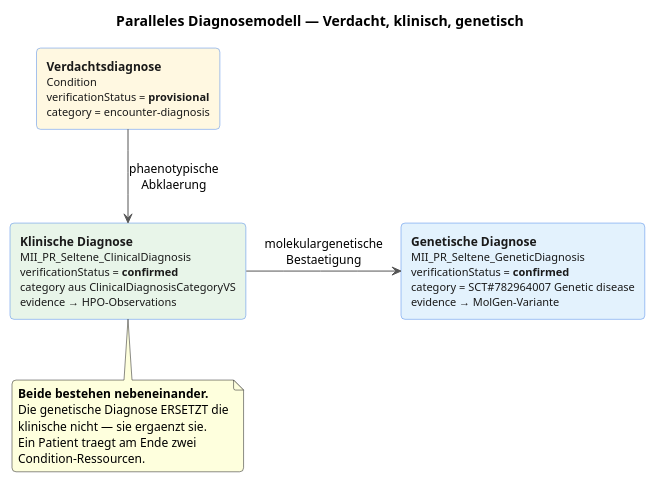
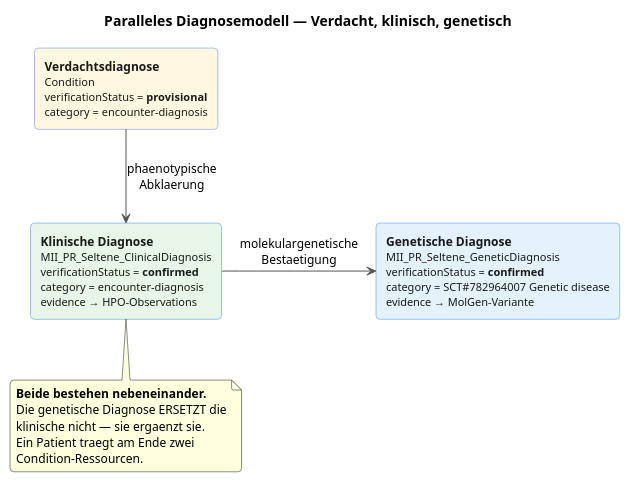
One commit to medizininformatik-initiative/kerndatensatzmodul-seltene-erkrankungen changed the diagram in input/images-source/diagnose-parallelmodell.puml. Above: the diagram before and after it, drawn with PlantUML. The commit also changed 11 other files, not shown here.

```diff
--- a/input/images-source/diagnose-parallelmodell.puml
+++ b/input/images-source/diagnose-parallelmodell.puml
@@ -1,34 +1,34 @@
 @startuml
 ' Paralleles Diagnosemodell — ersetzt die drei kurzen FSH-Schnipsel auf der Seite
 ' clinical-genetic-diagnosis-guide. Beschriftungen bewusst sprachneutral
 ' (FHIR-Elementnamen, Codes), damit dieselbe SVG in beiden Sprachbaeumen taugt.
 skinparam backgroundColor transparent
 skinparam shadowing false
 skinparam roundcorner 8
 skinparam defaultFontName Helvetica
 skinparam defaultFontSize 12
 skinparam ArrowColor #555555
 skinparam rectangle {
   BorderColor #4a86e8
   BackgroundColor #eef4fd
   FontColor #1a1a1a
 }
 
 title Paralleles Diagnosemodell — Verdacht, klinisch, genetisch
 
 rectangle "**Verdachtsdiagnose**\n<size:11>Condition</size>\n<size:11>verificationStatus = **provisional**</size>\n<size:11>category = encounter-diagnosis</size>" as V #fff8e1
-rectangle "**Klinische Diagnose**\n<size:11>MII_PR_Seltene_ClinicalDiagnosis</size>\n<size:11>verificationStatus = **confirmed**</size>\n<size:11>category aus ClinicalDiagnosisCategoryVS</size>\n<size:11>evidence → HPO-Observations</size>" as K #e8f5e9
+rectangle "**Klinische Diagnose**\n<size:11>MII_PR_Seltene_ClinicalDiagnosis</size>\n<size:11>verificationStatus = **confirmed**</size>\n<size:11>category = encounter-diagnosis</size>\n<size:11>evidence → HPO-Observations</size>" as K #e8f5e9
 rectangle "**Genetische Diagnose**\n<size:11>MII_PR_Seltene_GeneticDiagnosis</size>\n<size:11>verificationStatus = **confirmed**</size>\n<size:11>category = SCT#782964007 Genetic disease</size>\n<size:11>evidence → MolGen-Variante</size>" as G #e3f2fd
 
 V -down-> K : phaenotypische\nAbklaerung
 K -right-> G : molekulargenetische\nBestaetigung
 
 note bottom of K
   **Beide bestehen nebeneinander.**
   Die genetische Diagnose ERSETZT die
   klinische nicht — sie ergaenzt sie.
   Ein Patient traegt am Ende zwei
   Condition-Ressourcen.
 end note
 
 @enduml
```
